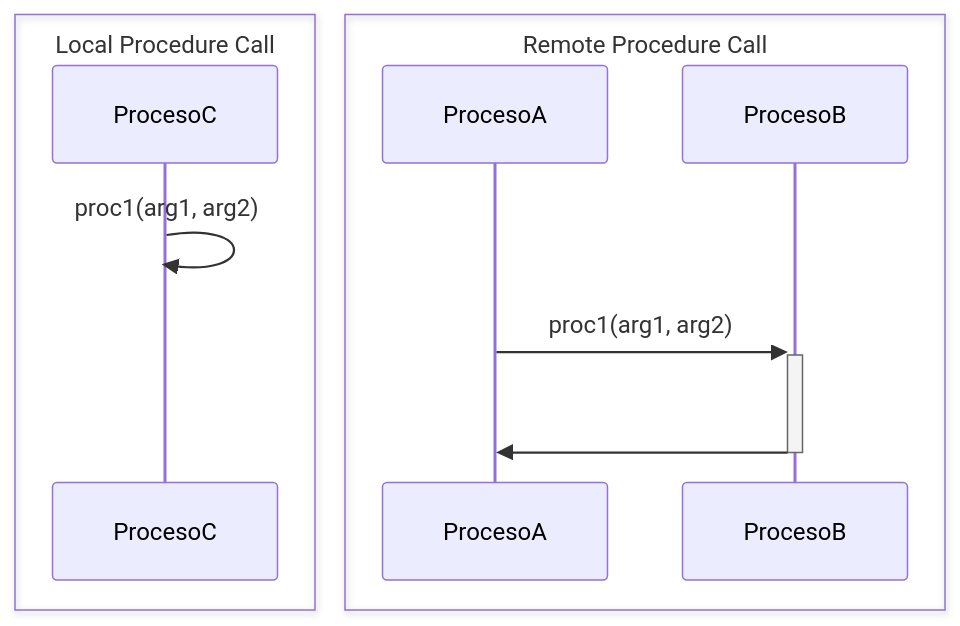
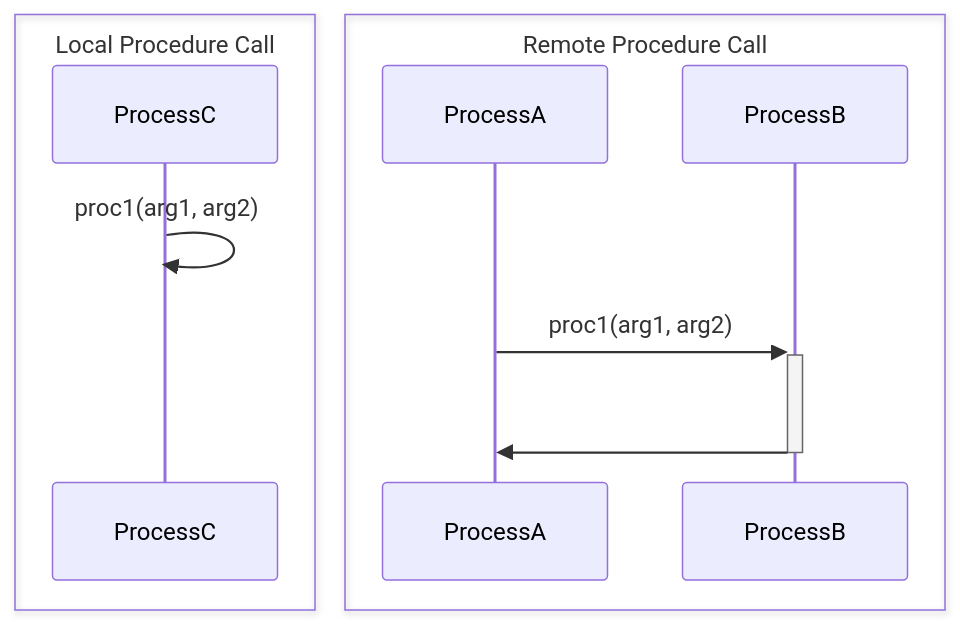
Before and after one commit to acaldero/uc3m_ds: the first of 2 diagrams in materials/topic-rpc/rpc.md, drawn with Mermaid. The commit also changed other lines of this file, not shown here.

````diff
--- a/materials/topic-rpc/rpc.md
+++ b/materials/topic-rpc/rpc.md
@@ -39,13 +39,13 @@
    ```mermaid
      sequenceDiagram
      box  Local  Procedure  Call
-     participant  ProcesoC
+     participant  ProcessC
      end
-     ProcesoC  ->>+  ProcesoC: proc1(arg1, arg2)
+     ProcessC  ->>+  ProcessC: proc1(arg1, arg2)
      box  Remote  Procedure  Call
-     participant  ProcesoA
-     participant  ProcesoB
+     participant  ProcessA
+     participant  ProcessB
      end
-     ProcesoA  ->>+  ProcesoB: proc1(arg1, arg2)
-     ProcesoB  ->>-  ProcesoA: <br/>
-    ```
+     ProcessA  ->>+  ProcessB: proc1(arg1, arg2)
+     ProcessB  ->>-  ProcessA: <br/>
+   ```
````
